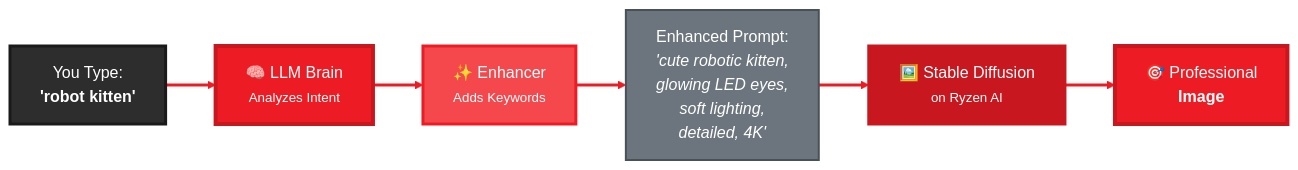
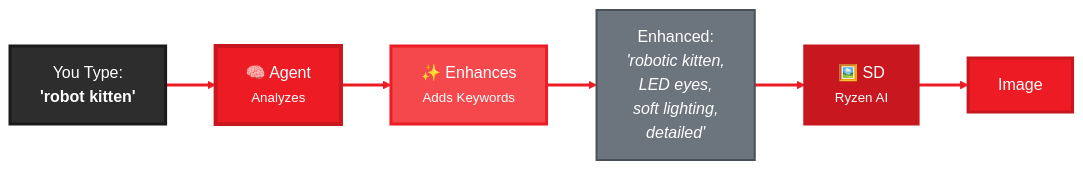
Before and after one commit to amd/gaia: the diagram in docs/guides/sd.mdx, drawn with Mermaid. The commit also changed other lines of this file, not shown here.

````diff
--- a/docs/guides/sd.mdx
+++ b/docs/guides/sd.mdx
@@ -37,22 +44,22 @@
 ```mermaid
 %%{init: {'theme':'base', 'themeVariables': { 'primaryColor':'#ED1C24', 'primaryTextColor':'#fff', 'primaryBorderColor':'#C8171E', 'lineColor':'#F4484D', 'secondaryColor':'#2d2d2d', 'tertiaryColor':'#f5f5f5', 'fontSize':'16px', 'fontFamily': 'system-ui, -apple-system, sans-serif'}}}%%
 graph LR
-    A["You Type:<br/><b>'robot kitten'</b>"] --> B["🧠 LLM Brain<br/><small>Analyzes Intent</small>"]
+    A["You Type:<br/><b>'robot kitten'</b>"] --> B["🧠 Agent<br/><small>Analyzes</small>"]
 
-    B --> C["✨ Enhancer<br/><small>Adds Keywords</small>"]
+    B --> C["✨ Enhances<br/><small>Adds Keywords</small>"]
 
-    C --> D["Enhanced Prompt:<br/><i>'cute robotic kitten,<br/>glowing LED eyes,<br/>soft lighting,<br/>detailed, 4K'</i>"]
+    C --> D["Enhanced:<br/><i>'robotic kitten,<br/>LED eyes,<br/>soft lighting,<br/>detailed'</i>"]
 
-    D --> E["🖼️ Stable Diffusion<br/><small>on Ryzen AI</small>"]
+    D --> E["🖼️ SD<br/><small>Ryzen AI</small>"]
 
-    E --> F["🎯 Professional<br/><b>Image</b>"]
+    E --> F["Image"]
 
     style A fill:#2d2d2d,stroke:#1a1a1a,stroke-width:3px,color:#fff
     style B fill:#ED1C24,stroke:#C8171E,stroke-width:4px,color:#fff
     style C fill:#F4484D,stroke:#ED1C24,stroke-width:3px,color:#fff
     style D fill:#6c757d,stroke:#495057,stroke-width:2px,color:#fff
     style E fill:#C8171E,stroke:#C8171E,stroke-width:3px,color:#fff
-    style F fill:#ED1C24,stroke:#C8171E,stroke-width:4px,color:#fff
+    style F fill:#ED1C24,stroke:#C8171E,stroke-width:3px,color:#fff
 
     linkStyle 0,1,2,3,4 stroke:#ED1C24,stroke-width:3px
 ```
````
